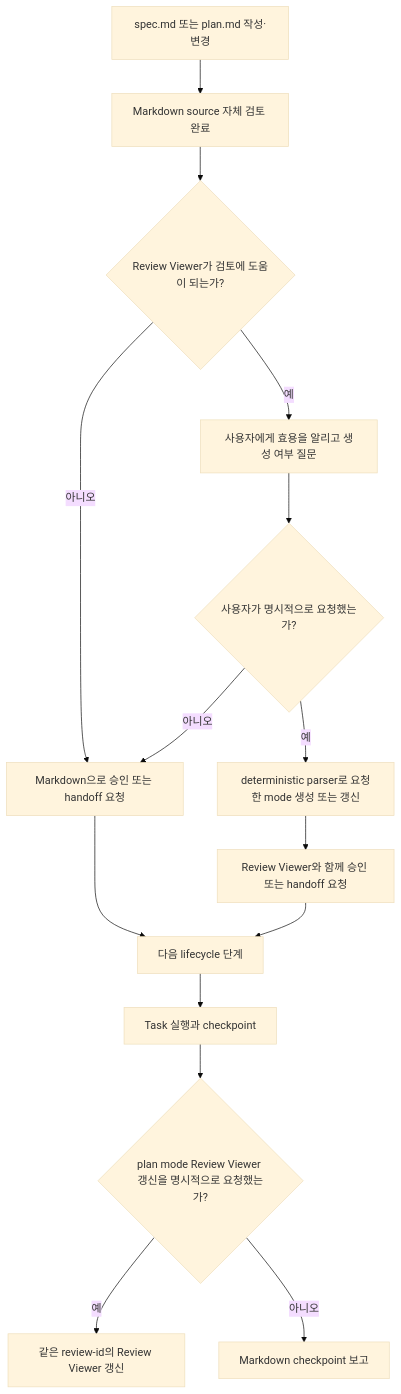
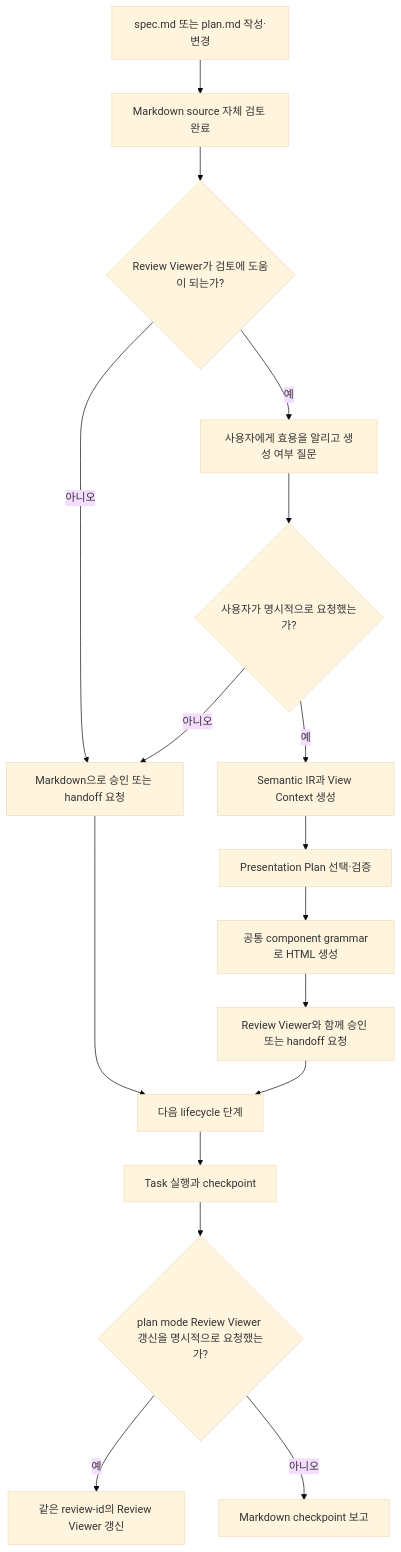
One commit to hope1026/aiagent-plugins changed the first of 4 diagrams in docs/specs/002-lifecycle-review-viewer/spec.md. Above: the diagram before and after it, drawn with Mermaid (base theme). The commit also changed other lines of this file and 45 other files, not shown here.

````diff
--- a/docs/specs/002-lifecycle-review-viewer/spec.md
+++ b/docs/specs/002-lifecycle-review-viewer/spec.md
@@ -137,17 +155,19 @@
 ```mermaid
 flowchart TD
     A[spec.md 또는 plan.md 작성·변경] --> B[Markdown source 자체 검토 완료]
     B --> C{Review Viewer가 검토에 도움이 되는가?}
     C -- 예 --> D[사용자에게 효용을 알리고 생성 여부 질문]
     C -- 아니오 --> E[Markdown으로 승인 또는 handoff 요청]
     D --> F{사용자가 명시적으로 요청했는가?}
-    F -- 예 --> G[deterministic parser로 요청한 mode 생성 또는 갱신]
+    F -- 예 --> G[Semantic IR과 View Context 생성]
     F -- 아니오 --> E
-    G --> H[Review Viewer와 함께 승인 또는 handoff 요청]
+    G --> GP[Presentation Plan 선택·검증]
+    GP --> GR[공통 component grammar로 HTML 생성]
+    GR --> H[Review Viewer와 함께 승인 또는 handoff 요청]
     E --> I[다음 lifecycle 단계]
     H --> I
     I --> J[Task 실행과 checkpoint]
     J --> K{plan mode Review Viewer 갱신을 명시적으로 요청했는가?}
     K -- 예 --> L[같은 review-id의 Review Viewer 갱신]
     K -- 아니오 --> M[Markdown checkpoint 보고]
 ```
````
